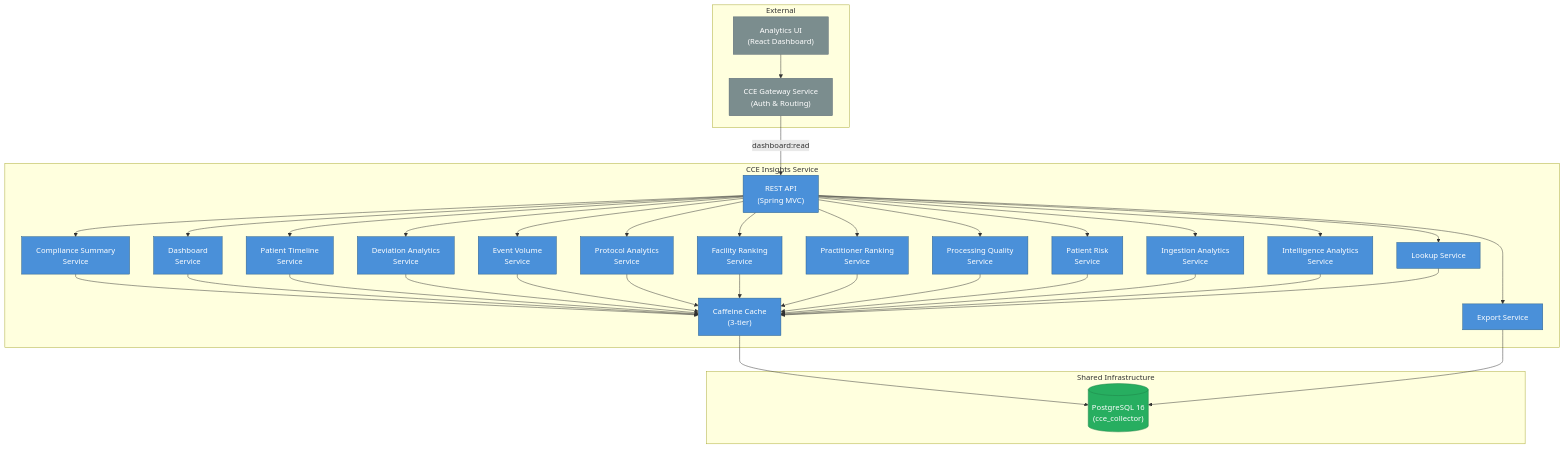
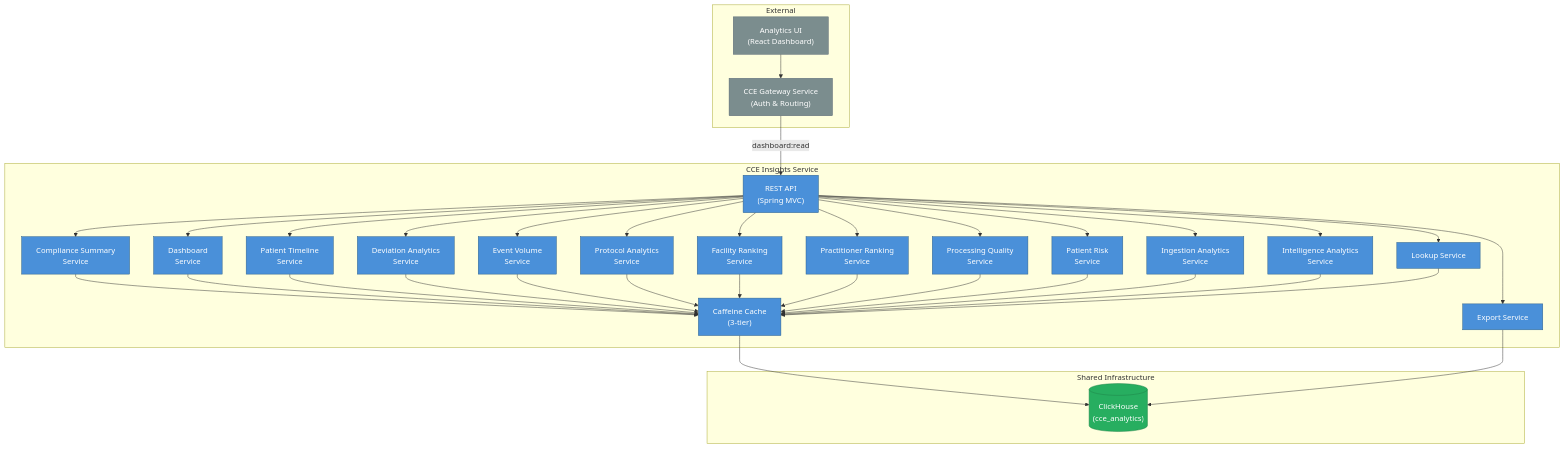
The diagram in docs/architecture-overview.md (AjishaVayoli-Tarento/cce-insights-service), drawn with Mermaid before and after one commit. The commit also changed other lines of this file and 1 other file, not shown here.

````diff
--- a/docs/architecture-overview.md
+++ b/docs/architecture-overview.md
@@ -9,70 +9,70 @@
 ```mermaid
 graph TB
     subgraph External
         UI["Analytics UI<br/>(React Dashboard)"]
         GATEWAY["CCE Gateway Service<br/>(Auth & Routing)"]
     end
 
     subgraph CCE Insights Service
         API["REST API<br/>(Spring MVC)"]
         CACHE["Caffeine Cache<br/>(3-tier)"]
         SUMMARY["Compliance Summary<br/>Service"]
         DASHBOARD["Dashboard<br/>Service"]
         TIMELINE["Patient Timeline<br/>Service"]
         DEVIATION["Deviation Analytics<br/>Service"]
         EVENTVOLUME["Event Volume<br/>Service"]
         PROTOCOL["Protocol Analytics<br/>Service"]
         FACILITY["Facility Ranking<br/>Service"]
         PRACTITIONER["Practitioner Ranking<br/>Service"]
         QUALITY["Processing Quality<br/>Service"]
         RISK["Patient Risk<br/>Service"]
         INGESTION["Ingestion Analytics<br/>Service"]
         INTELLIGENCE["Intelligence Analytics<br/>Service"]
         EXPORT["Export Service"]
         LOOKUP["Lookup Service"]
     end
 
     subgraph Shared Infrastructure
-        DB[("PostgreSQL 16<br/>(cce_collector)")]
+        DB[("ClickHouse<br/>(cce_analytics)")]
     end
 
     UI --> GATEWAY
     GATEWAY -->|"dashboard:read"| API
     API --> SUMMARY
     API --> DASHBOARD
     API --> TIMELINE
     API --> DEVIATION
     API --> EVENTVOLUME
     API --> PROTOCOL
     API --> FACILITY
     API --> PRACTITIONER
     API --> QUALITY
     API --> RISK
     API --> INGESTION
     API --> INTELLIGENCE
     API --> EXPORT
     API --> LOOKUP
     SUMMARY --> CACHE
     DASHBOARD --> CACHE
     TIMELINE --> CACHE
     DEVIATION --> CACHE
     EVENTVOLUME --> CACHE
     PROTOCOL --> CACHE
     FACILITY --> CACHE
     PRACTITIONER --> CACHE
     QUALITY --> CACHE
     RISK --> CACHE
     INGESTION --> CACHE
     INTELLIGENCE --> CACHE
     LOOKUP --> CACHE
     CACHE --> DB
     EXPORT --> DB
 
     classDef service fill:#4A90D9,stroke:#2C5F8A,color:white
     classDef external fill:#7B8D8E,stroke:#566573,color:white
     classDef data fill:#27AE60,stroke:#1E8449,color:white
 
     class API,SUMMARY,DASHBOARD,TIMELINE,DEVIATION,EVENTVOLUME,PROTOCOL,FACILITY,PRACTITIONER,QUALITY,RISK,INGESTION,INTELLIGENCE,EXPORT,LOOKUP,CACHE service
     class UI,GATEWAY external
     class DB data
 ```
````
